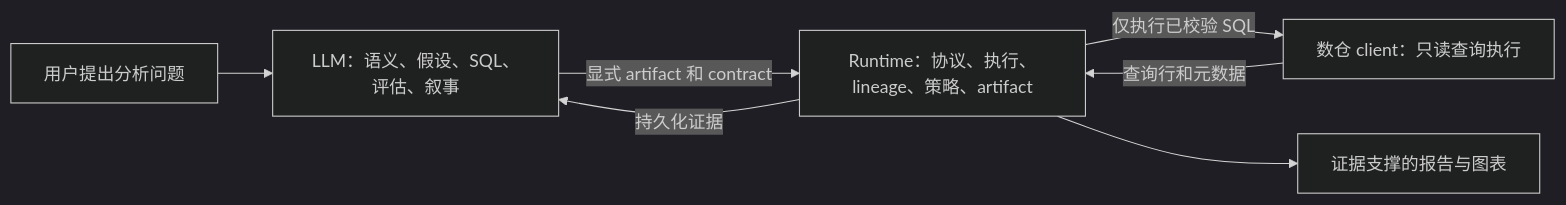
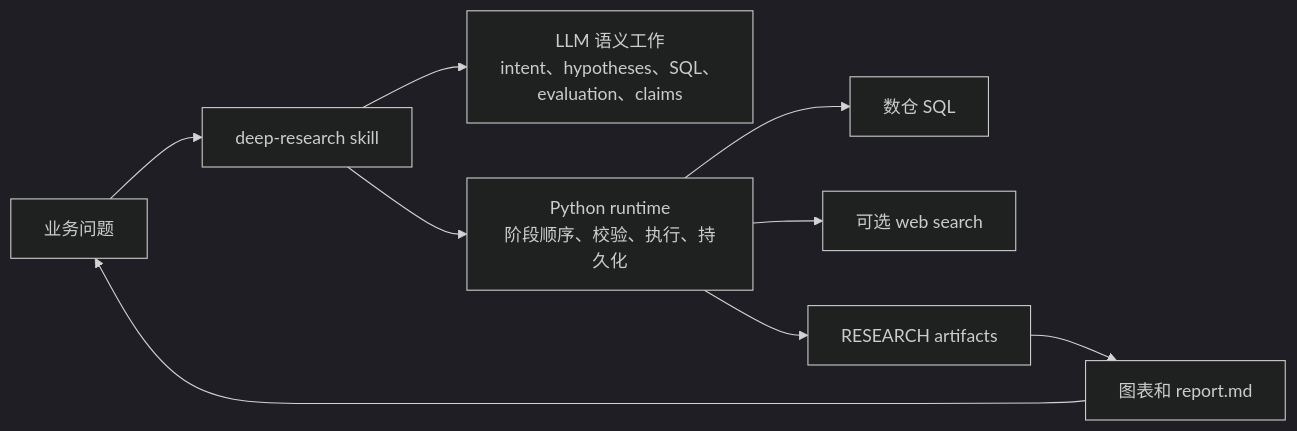
Before and after one commit to diankong720-ui/Data-Pandora: the first of 4 diagrams in README.zh-CN.md, drawn with Mermaid (dark theme). The commit also changed other lines of this file and 37 other files, not shown here.

````diff
--- a/README.zh-CN.md
+++ b/README.zh-CN.md
@@ -26,15 +15,11 @@
 ```mermaid
 flowchart LR
-    User["用户提出分析问题"]
-    LLM["LLM：语义、假设、SQL、评估、叙事"]
-    Runtime["Runtime：协议、执行、lineage、策略、artifact"]
-    Warehouse["数仓 client：只读查询执行"]
-    Report["证据支撑的报告与图表"]
-
-    User --> LLM
-    LLM -->|"显式 artifact 和 contract"| Runtime
-    Runtime -->|"仅执行已校验 SQL"| Warehouse
-    Warehouse -->|"查询行和元数据"| Runtime
-    Runtime -->|"持久化证据"| LLM
-    Runtime --> Report
+  User["业务问题"] --> Skill["deep-research skill"]
+  Skill --> LLM["LLM 语义工作<br/>intent、hypotheses、SQL、evaluation、claims"]
+  Skill --> Runtime["Python runtime<br/>阶段顺序、校验、执行、持久化"]
+  Runtime --> Warehouse["数仓 SQL"]
+  Runtime --> Web["可选 web search"]
+  Runtime --> Artifacts["RESEARCH artifacts"]
+  Artifacts --> Charts["图表和 report.md"]
+  Charts --> User
 ```
````
